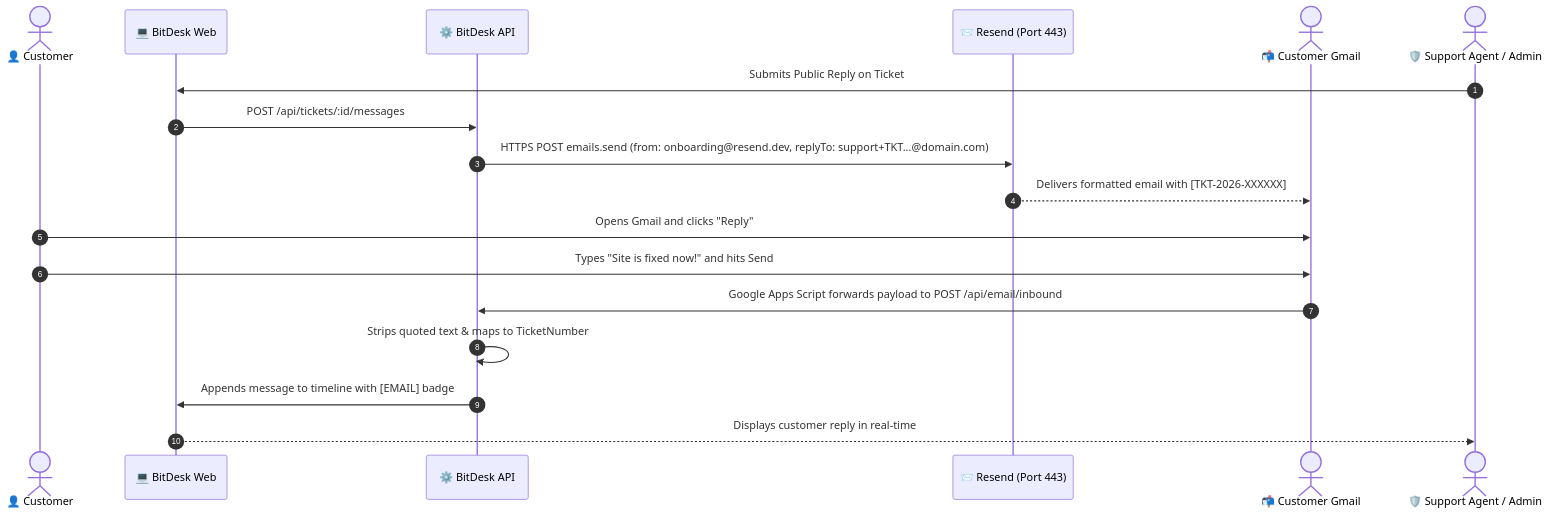
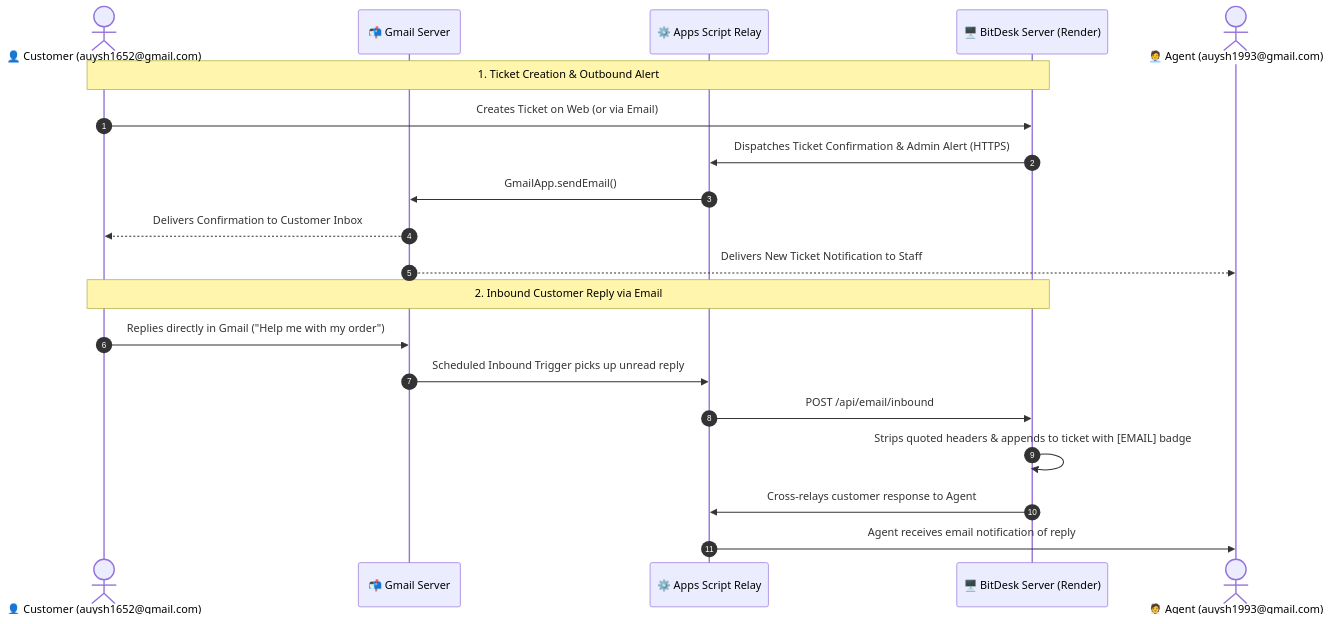
Before and after one commit to auysh8/BitDesk: the diagram in README.md, drawn with Mermaid. The commit also changed other lines of this file and 5 other files, not shown here.

````diff
--- a/README.md
+++ b/README.md
@@ -132,21 +61,24 @@
 ```mermaid
 sequenceDiagram
     autonumber
-    actor Customer as 👤 Customer
-    participant Web as 💻 BitDesk Web
-    participant Server as ⚙️ BitDesk API
-    participant Resend as 📨 Resend (Port 443)
-    actor Gmail as 📬 Customer Gmail
-    actor Admin as 🛡️ Support Agent / Admin
+    actor Customer as 👤 Customer (auysh1652@gmail.com)
+    participant Gmail as 📬 Gmail Server
+    participant Script as ⚙️ Apps Script Relay
+    participant BitDesk as 🖥️ BitDesk Server (Render)
+    actor Agent as 🧑‍💼 Agent (auysh1993@gmail.com)
 
-    Admin->>Web: Submits Public Reply on Ticket
-    Web->>Server: POST /api/tickets/:id/messages
-    Server->>Resend: HTTPS POST emails.send (from: onboarding@resend.dev, replyTo: support+TKT...@domain.com)
-    Resend-->>Gmail: Delivers formatted email with [TKT-2026-XXXXXX]
-    Customer->>Gmail: Opens Gmail and clicks "Reply"
-    Customer->>Gmail: Types "Site is fixed now!" and hits Send
-    Gmail->>Server: Google Apps Script forwards payload to POST /api/email/inbound
-    Server->>Server: Strips quoted text & maps to TicketNumber
-    Server->>Web: Appends message to timeline with [EMAIL] badge
-    Web-->>Admin: Displays customer reply in real-time
+    Note over Customer,BitDesk: 1. Ticket Creation & Outbound Alert
+    Customer->>BitDesk: Creates Ticket on Web (or via Email)
+    BitDesk->>Script: Dispatches Ticket Confirmation & Admin Alert (HTTPS)
+    Script->>Gmail: GmailApp.sendEmail()
+    Gmail-->>Customer: Delivers Confirmation to Customer Inbox
+    Gmail-->>Agent: Delivers New Ticket Notification to Staff
+
+    Note over Customer,BitDesk: 2. Inbound Customer Reply via Email
+    Customer->>Gmail: Replies directly in Gmail ("Help me with my order")
+    Gmail->>Script: Scheduled Inbound Trigger picks up unread reply
+    Script->>BitDesk: POST /api/email/inbound
+    BitDesk->>BitDesk: Strips quoted headers & appends to ticket with [EMAIL] badge
+    BitDesk->>Script: Cross-relays customer response to Agent
+    Script->>Agent: Agent receives email notification of reply
 ```
````
